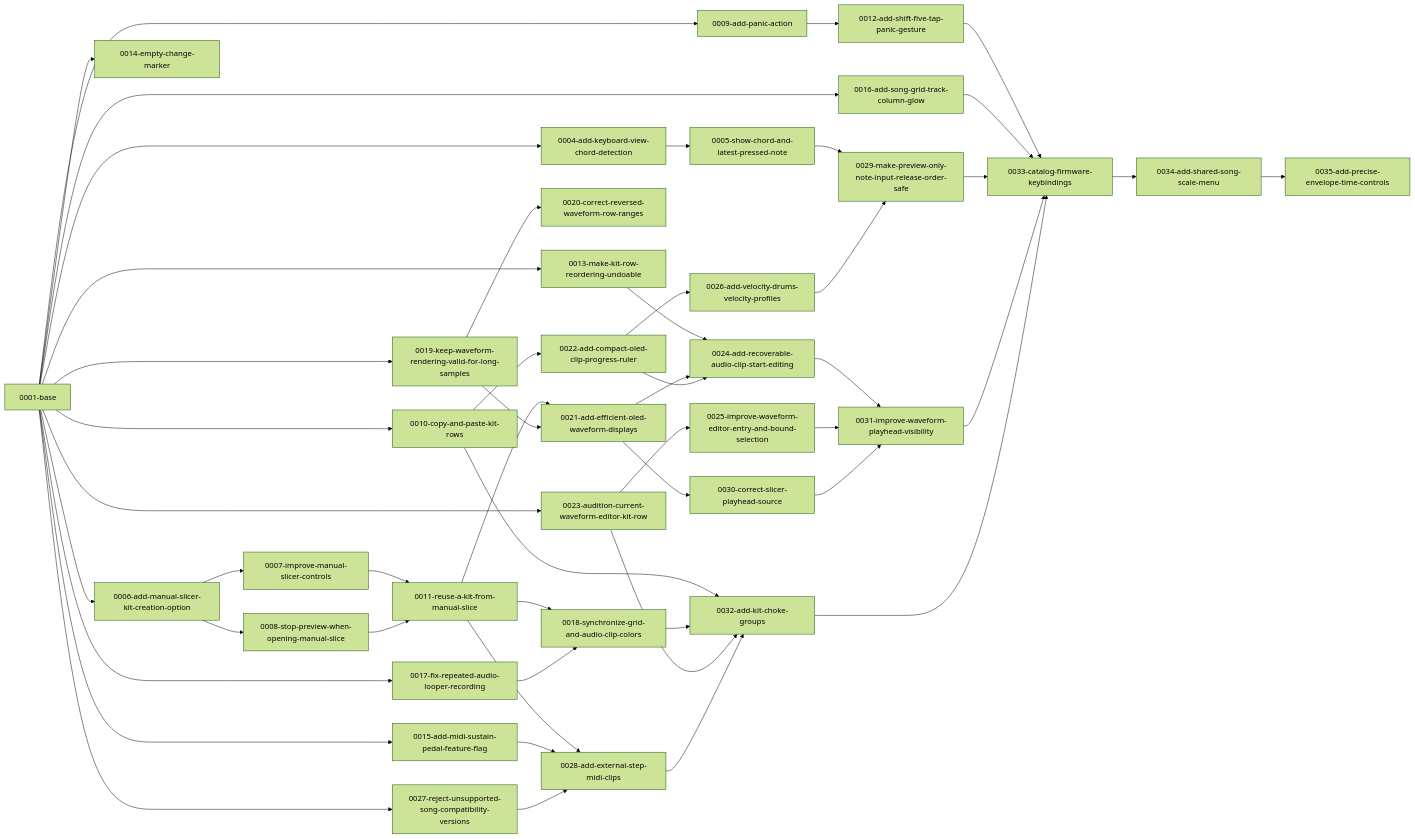
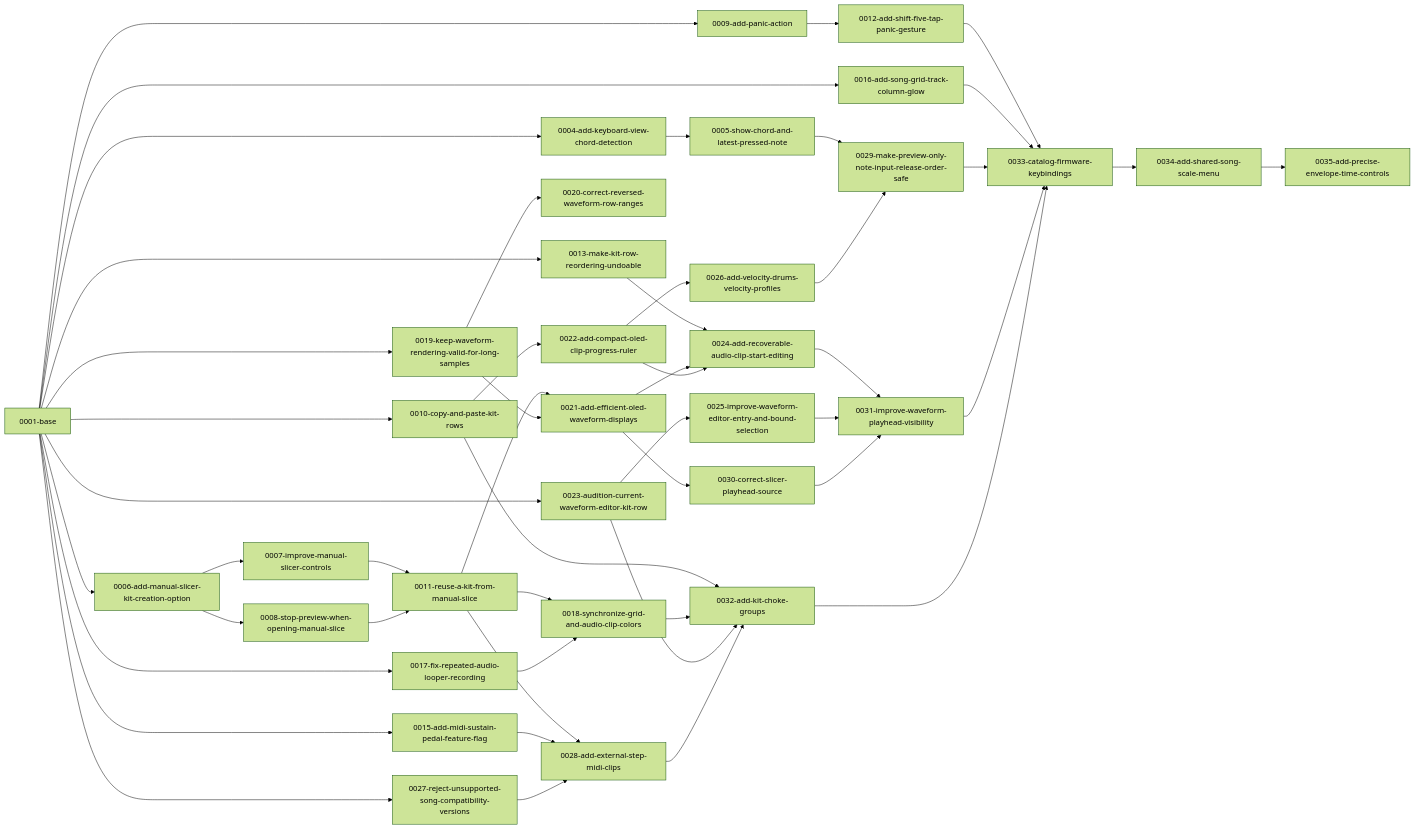
One commit to NonLogicalDev/fork.DelugeFirmware changed the diagram in README.md. Above: the diagram before and after it, drawn with Mermaid (forest theme). The commit also changed other lines of this file and 5 other files, not shown here.

Commit message:
Remove empty Deluge layer marker

````diff
--- a/README.md
+++ b/README.md
@@ -25,28 +25,27 @@
   n8["0011-reuse-a-kit-from-manual-slice"]
   n9["0012-add-shift-five-tap-panic-gesture"]
   n10["0013-make-kit-row-reordering-undoable"]
-  n11["0014-empty-change-marker"]
-  n12["0015-add-midi-sustain-pedal-feature-flag"]
-  n13["0016-add-song-grid-track-column-glow"]
-  n14["0017-fix-repeated-audio-looper-recording"]
-  n15["0018-synchronize-grid-and-audio-clip-colors"]
-  n16["0019-keep-waveform-rendering-valid-for-long-samples"]
-  n17["0020-correct-reversed-waveform-row-ranges"]
-  n18["0021-add-efficient-oled-waveform-displays"]
-  n19["0022-add-compact-oled-clip-progress-ruler"]
-  n20["0023-audition-current-waveform-editor-kit-row"]
-  n21["0024-add-recoverable-audio-clip-start-editing"]
-  n22["0025-improve-waveform-editor-entry-and-bound-selection"]
-  n23["0026-add-velocity-drums-velocity-profiles"]
-  n24["0027-reject-unsupported-song-compatibility-versions"]
-  n25["0028-add-external-step-midi-clips"]
-  n26["0029-make-preview-only-note-input-release-order-safe"]
-  n27["0030-correct-slicer-playhead-source"]
-  n28["0031-improve-waveform-playhead-visibility"]
-  n29["0032-add-kit-choke-groups"]
-  n30["0033-catalog-firmware-keybindings"]
-  n31["0034-add-shared-song-scale-menu"]
-  n32["0035-add-precise-envelope-time-controls"]
+  n11["0015-add-midi-sustain-pedal-feature-flag"]
+  n12["0016-add-song-grid-track-column-glow"]
+  n13["0017-fix-repeated-audio-looper-recording"]
+  n14["0018-synchronize-grid-and-audio-clip-colors"]
+  n15["0019-keep-waveform-rendering-valid-for-long-samples"]
+  n16["0020-correct-reversed-waveform-row-ranges"]
+  n17["0021-add-efficient-oled-waveform-displays"]
+  n18["0022-add-compact-oled-clip-progress-ruler"]
+  n19["0023-audition-current-waveform-editor-kit-row"]
+  n20["0024-add-recoverable-audio-clip-start-editing"]
+  n21["0025-improve-waveform-editor-entry-and-bound-selection"]
+  n22["0026-add-velocity-drums-velocity-profiles"]
+  n23["0027-reject-unsupported-song-compatibility-versions"]
+  n24["0028-add-external-step-midi-clips"]
+  n25["0029-make-preview-only-note-input-release-order-safe"]
+  n26["0030-correct-slicer-playhead-source"]
+  n27["0031-improve-waveform-playhead-visibility"]
+  n28["0032-add-kit-choke-groups"]
+  n29["0033-catalog-firmware-keybindings"]
+  n30["0034-add-shared-song-scale-menu"]
+  n31["0035-add-precise-envelope-time-controls"]
   n0 --> n1
   n1 --> n2
   n0 --> n3
@@ -61,39 +60,38 @@
   n0 --> n11
   n0 --> n12
   n0 --> n13
-  n0 --> n14
-  n8 --> n15
-  n14 --> n15
-  n0 --> n16
-  n16 --> n17
-  n8 --> n18
-  n16 --> n18
-  n7 --> n19
-  n0 --> n20
-  n10 --> n21
-  n18 --> n21
+  n8 --> n14
+  n13 --> n14
+  n0 --> n15
+  n15 --> n16
+  n8 --> n17
+  n15 --> n17
+  n7 --> n18
+  n0 --> n19
+  n10 --> n20
+  n17 --> n20
+  n18 --> n20
   n19 --> n21
-  n20 --> n22
-  n19 --> n23
-  n0 --> n24
-  n8 --> n25
-  n12 --> n25
-  n24 --> n25
-  n2 --> n26
-  n23 --> n26
-  n18 --> n27
-  n21 --> n28
-  n22 --> n28
-  n27 --> n28
-  n7 --> n29
-  n15 --> n29
-  n20 --> n29
+  n18 --> n22
+  n0 --> n23
+  n8 --> n24
+  n11 --> n24
+  n23 --> n24
+  n2 --> n25
+  n22 --> n25
+  n17 --> n26
+  n20 --> n27
+  n21 --> n27
+  n26 --> n27
+  n7 --> n28
+  n14 --> n28
+  n19 --> n28
+  n24 --> n28
+  n9 --> n29
+  n12 --> n29
   n25 --> n29
-  n9 --> n30
-  n13 --> n30
-  n26 --> n30
-  n28 --> n30
+  n27 --> n29
+  n28 --> n29
   n29 --> n30
   n30 --> n31
-  n31 --> n32
 ```
````
